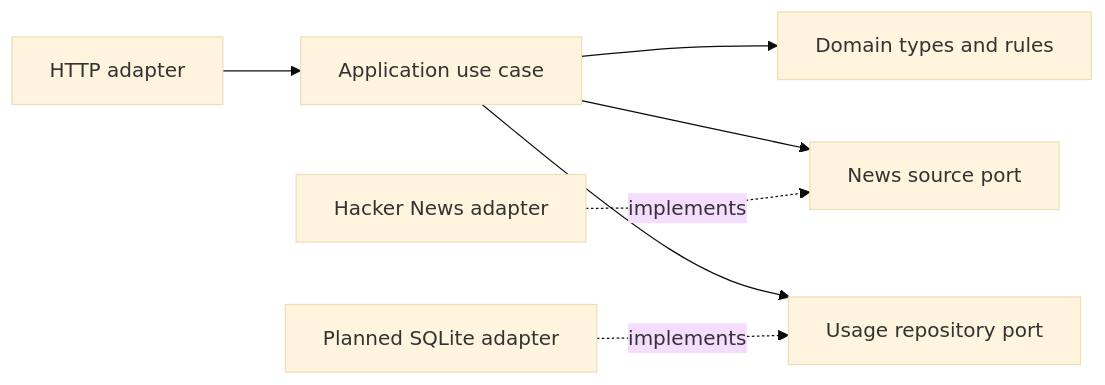
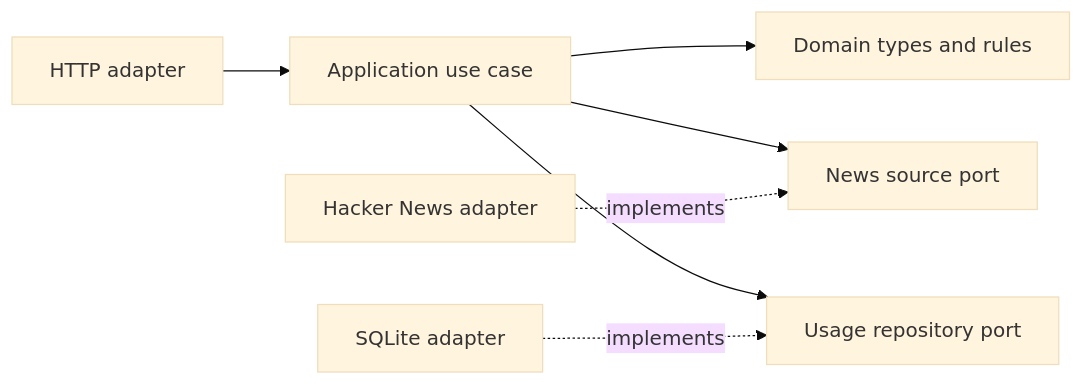
The diagram in docs/architecture.md (raphael899/hacker-news-crawler), drawn with Mermaid (base theme) before and after one commit. The commit also changed other lines of this file and 14 other files, not shown here.

Commit message:
feat: persist usage history in SQLite

````diff
--- a/docs/architecture.md
+++ b/docs/architecture.md
@@ -9,9 +9,9 @@
 ```mermaid
 flowchart LR
   HTTP[HTTP adapter] --> UseCase[Application use case]
   UseCase --> Domain[Domain types and rules]
   UseCase --> SourcePort[News source port]
   HN[Hacker News adapter] -. implements .-> SourcePort
   UseCase --> UsagePort[Usage repository port]
-  SQLite[Planned SQLite adapter] -. implements .-> UsagePort
+  SQLite[SQLite adapter] -. implements .-> UsagePort
 ```
````
